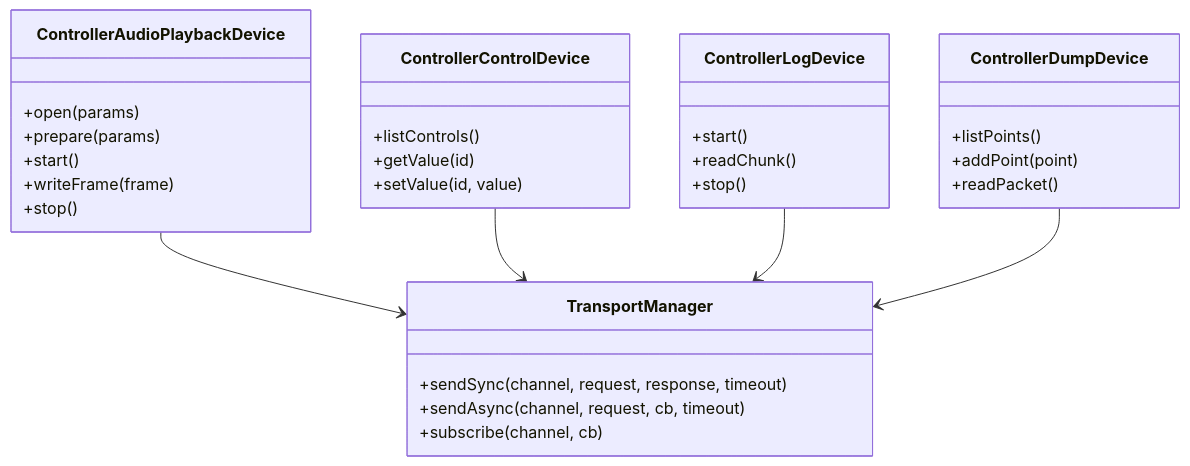
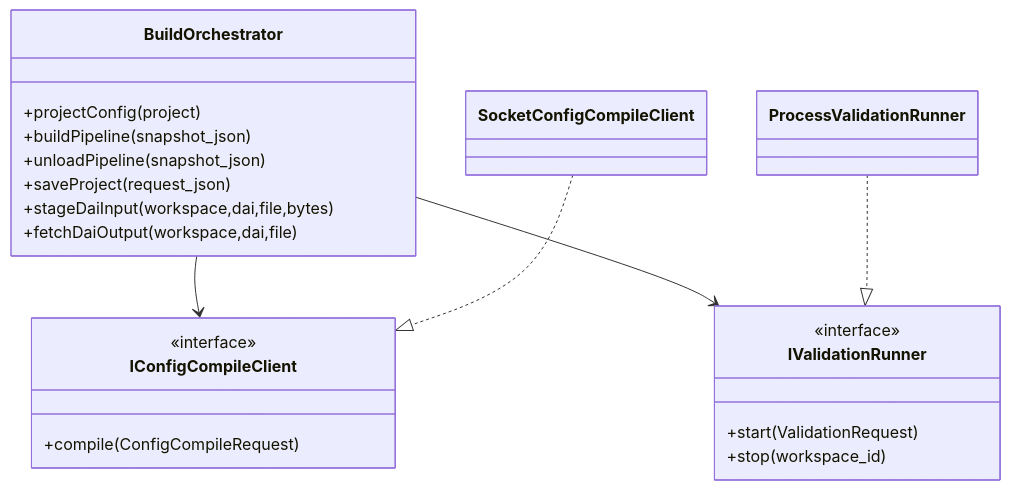
Before and after one commit to handsomeleeshu/Audio-Studio: the second of 7 diagrams in docs/audio_studio_framework_design.md, drawn with Mermaid. The commit also changed other lines of this file and 34 other files, not shown here.

Commit message:
Integrate GUI simulator runtime flow

````diff
--- a/docs/audio_studio_framework_design.md
+++ b/docs/audio_studio_framework_design.md
@@ -2461,39 +251,26 @@
 ```mermaid
 classDiagram
-  class ControllerAudioPlaybackDevice {
-    +open(params)
-    +prepare(params)
-    +start()
-    +writeFrame(frame)
-    +stop()
-  }
-
-  class ControllerControlDevice {
-    +listControls()
-    +getValue(id)
-    +setValue(id, value)
-  }
-
-  class ControllerLogDevice {
-    +start()
-    +readChunk()
-    +stop()
-  }
-
-  class ControllerDumpDevice {
-    +listPoints()
-    +addPoint(point)
-    +readPacket()
-  }
-
-  class TransportManager {
-    +sendSync(channel, request, response, timeout)
-    +sendAsync(channel, request, cb, timeout)
-    +subscribe(channel, cb)
-  }
-
-  ControllerAudioPlaybackDevice --> TransportManager
-  ControllerControlDevice --> TransportManager
-  ControllerLogDevice --> TransportManager
-  ControllerDumpDevice --> TransportManager
+    class BuildOrchestrator {
+      +projectConfig(project)
+      +buildPipeline(snapshot_json)
+      +unloadPipeline(snapshot_json)
+      +saveProject(request_json)
+      +stageDaiInput(workspace,dai,file,bytes)
+      +fetchDaiOutput(workspace,dai,file)
+    }
+    class IConfigCompileClient {
+      <<interface>>
+      +compile(ConfigCompileRequest)
+    }
+    class SocketConfigCompileClient
+    class IValidationRunner {
+      <<interface>>
+      +start(ValidationRequest)
+      +stop(workspace_id)
+    }
+    class ProcessValidationRunner
+    BuildOrchestrator --> IConfigCompileClient
+    BuildOrchestrator --> IValidationRunner
+    SocketConfigCompileClient ..|> IConfigCompileClient
+    ProcessValidationRunner ..|> IValidationRunner
 ```
````
